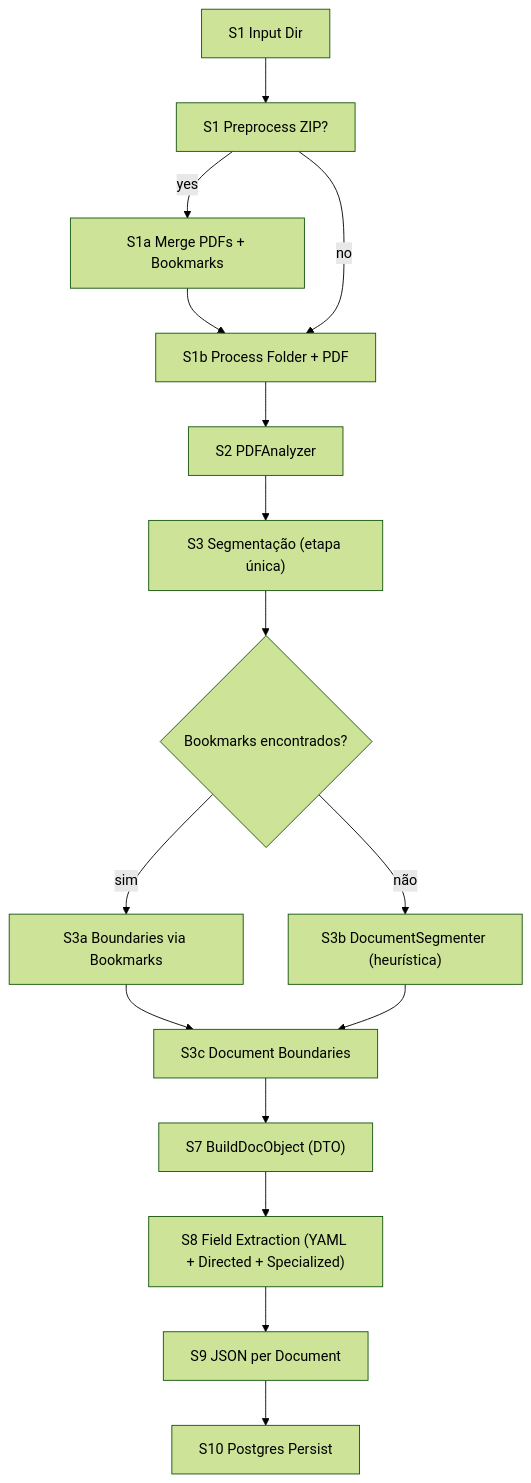
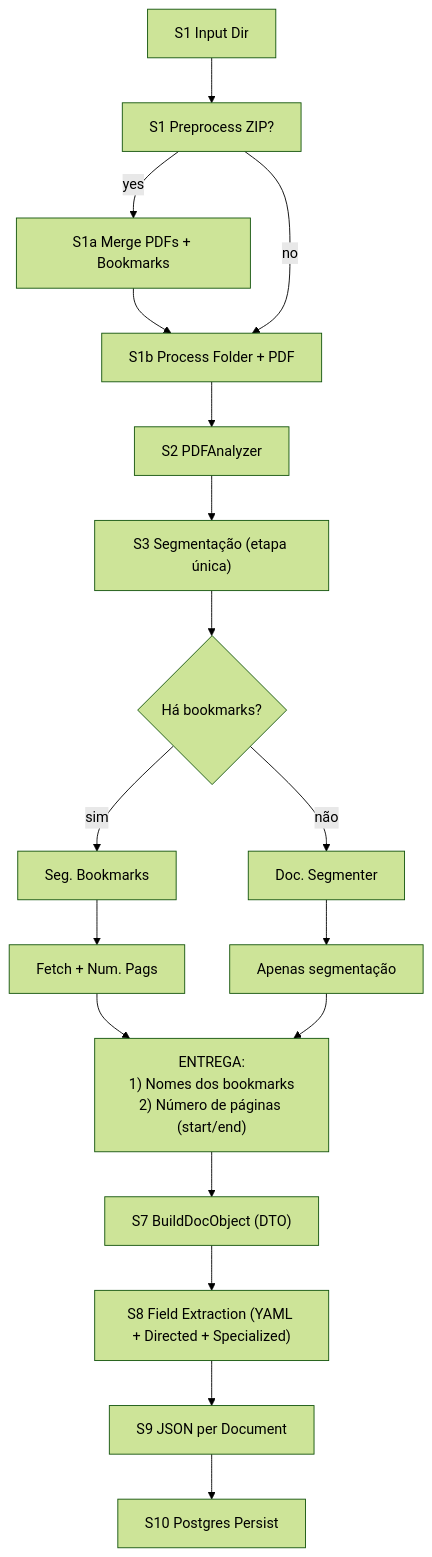
The first of 2 diagrams in docs/PIPELINE_TJPB_FLOW.md (sindlinger/tjpdf), drawn with Mermaid (forest theme) before and after one commit. The commit also changed other lines of this file and 28 other files, not shown here.

````diff
--- a/docs/PIPELINE_TJPB_FLOW.md
+++ b/docs/PIPELINE_TJPB_FLOW.md
@@ -63,18 +63,20 @@
 ```mermaid
 flowchart TD
   S1["S1 Input Dir"] --> S1p["S1 Preprocess ZIP?"]
   S1p -->|yes| S1a["S1a Merge PDFs + Bookmarks"]
   S1a --> S1b["S1b Process Folder + PDF"]
   S1p -->|no| S1b
   S1b --> S2["S2 PDFAnalyzer"]
   S2 --> S3["S3 Segmentação (etapa única)"]
-  S3 --> Q{"Bookmarks encontrados?"}
-  Q -->|sim| S3a["S3a Boundaries via Bookmarks"]
-  Q -->|não| S3b["S3b DocumentSegmenter (heurística)"]
-  S3a --> S3c["S3c Document Boundaries"]
-  S3b --> S3c
+  S3 --> Q{"Há bookmarks?"}
+  Q -->|sim| S3a["Seg. Bookmarks"]
+  S3a --> S3a1["Fetch + Num. Pags"]
+  Q -->|não| S3b["Doc. Segmenter"]
+  S3b --> S3b1["Apenas segmentação"]
+  S3a1 --> S3c["ENTREGA:\n1) Nomes dos bookmarks\n2) Número de páginas (start/end)"]
+  S3b1 --> S3c
   S3c --> S7["S7 BuildDocObject (DTO)"]
   S7 --> S8["S8 Field Extraction (YAML + Directed + Specialized)"]
   S8 --> S9["S9 JSON per Document"]
   S9 --> S10["S10 Postgres Persist"]
 ```
````
